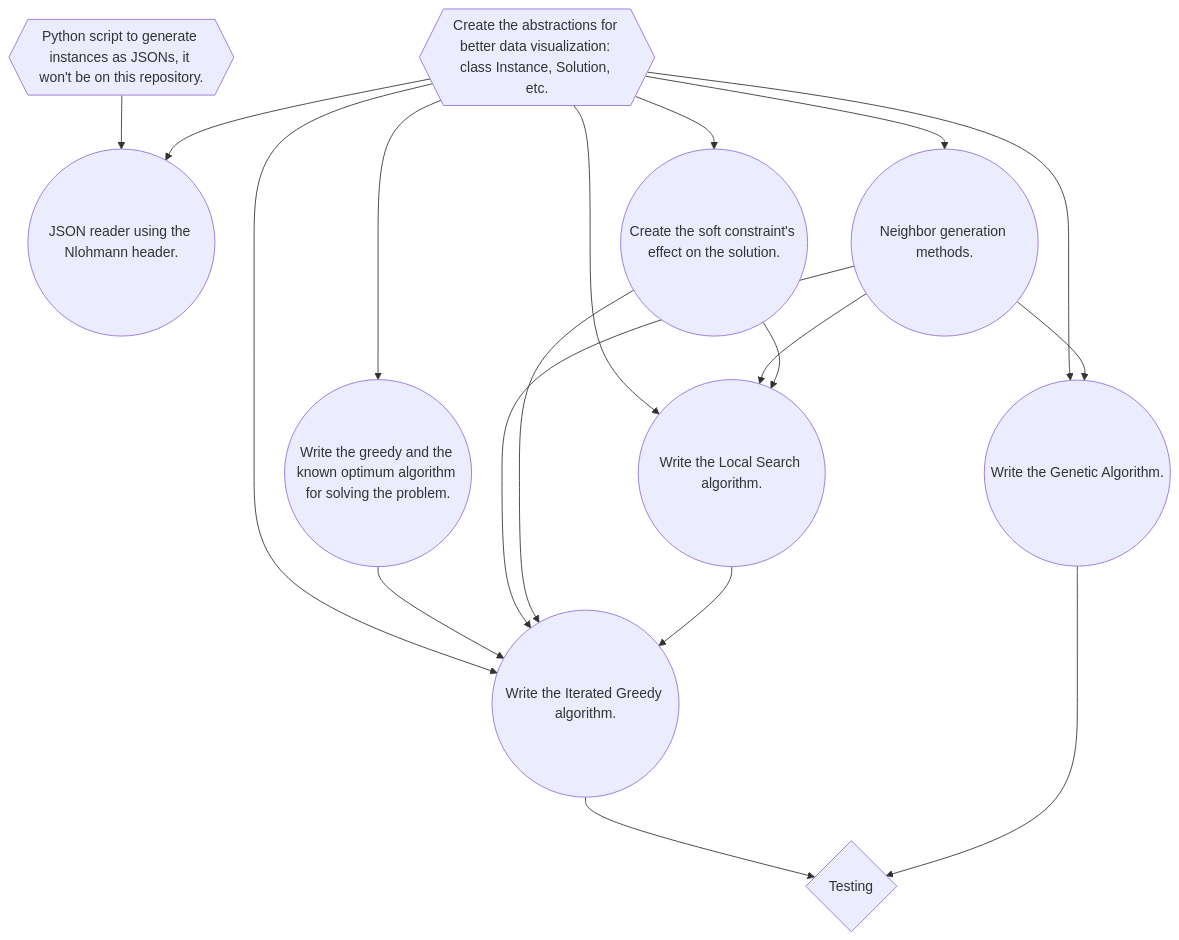
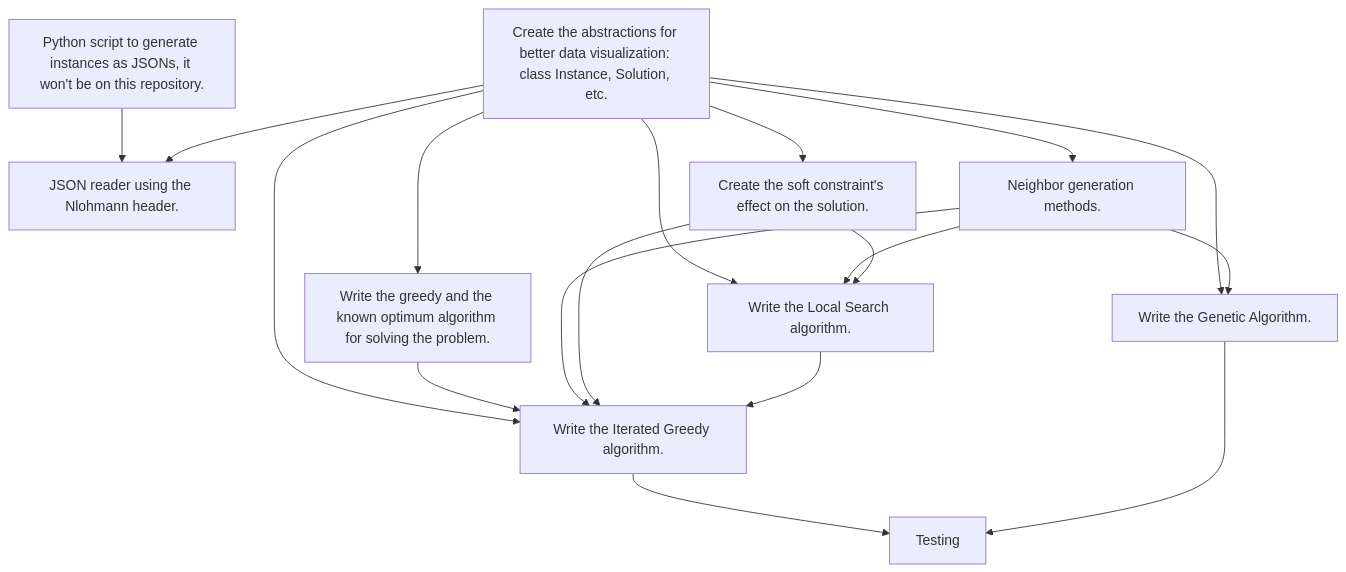
The diagram in README.md (cicerocipriano/seminario3_inf284), drawn with Mermaid before and after one commit.

````diff
--- a/README.md
+++ b/README.md
@@ -4,31 +4,31 @@
 ```mermaid
   flowchart TB
-    phase1{{Python script to generate instances as JSONs, it won't be on this repository.}}
-    phase2{{Create the abstractions for better data visualization: class Instance, Solution, etc.}}
-    phase3((JSON reader using the Nlohmann header.))
-    phase4((Write the greedy and the known optimum algorithm for solving the problem.))
-    phase5((Neighbor generation methods.))
-    phase6((Create the soft constraint's effect on the solution.))
-    phase7((Write the Local Search algorithm.))
-    phase8((Write the Iterated Greedy algorithm.))
-    phase9((Write the Genetic Algorithm.))
-    phase10{Testing}
+    phase1[Python script to generate instances as JSONs, it won't be on this repository.]
+    phase2[Create the abstractions for better data visualization: class Instance, Solution, etc.]
+    phase3[JSON reader using the Nlohmann header.]
+    phase4[Write the greedy and the known optimum algorithm for solving the problem.]
+    phase5[Neighbor generation methods.]
+    phase6[Create the soft constraint's effect on the solution.]
+    phase7[Write the Local Search algorithm.]
+    phase8[Write the Iterated Greedy algorithm.]
+    phase9[Write the Genetic Algorithm.]
+    phase10[Testing]
     phase1 --> phase3
     phase2 --> phase3
     phase2 --> phase4
     phase2 --> phase5
     phase2 --> phase6
     phase2 --> phase7
     phase5 --> phase7
     phase6 --> phase7
     phase2 --> phase8
     phase4 --> phase8
     phase5 --> phase8
     phase6 --> phase8
     phase7 --> phase8
     phase2 --> phase9
     phase5 --> phase9
     phase8 --> phase10
     phase9 --> phase10
 
 ```
````
